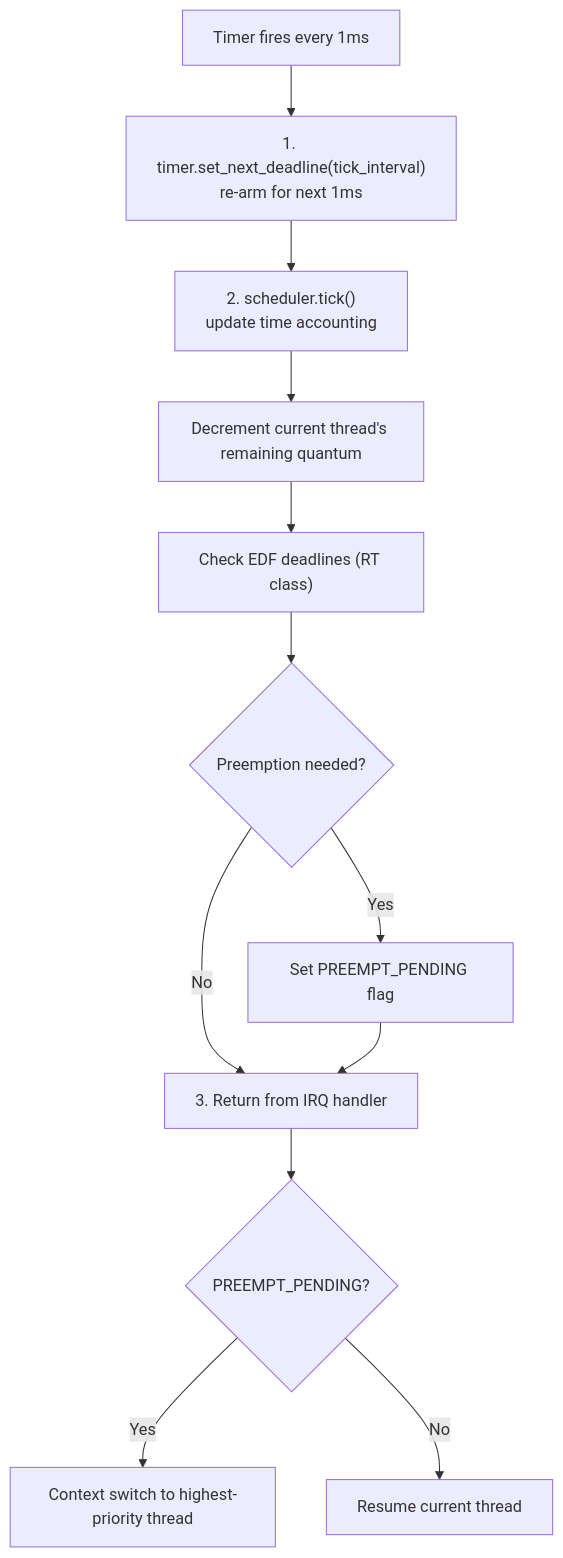
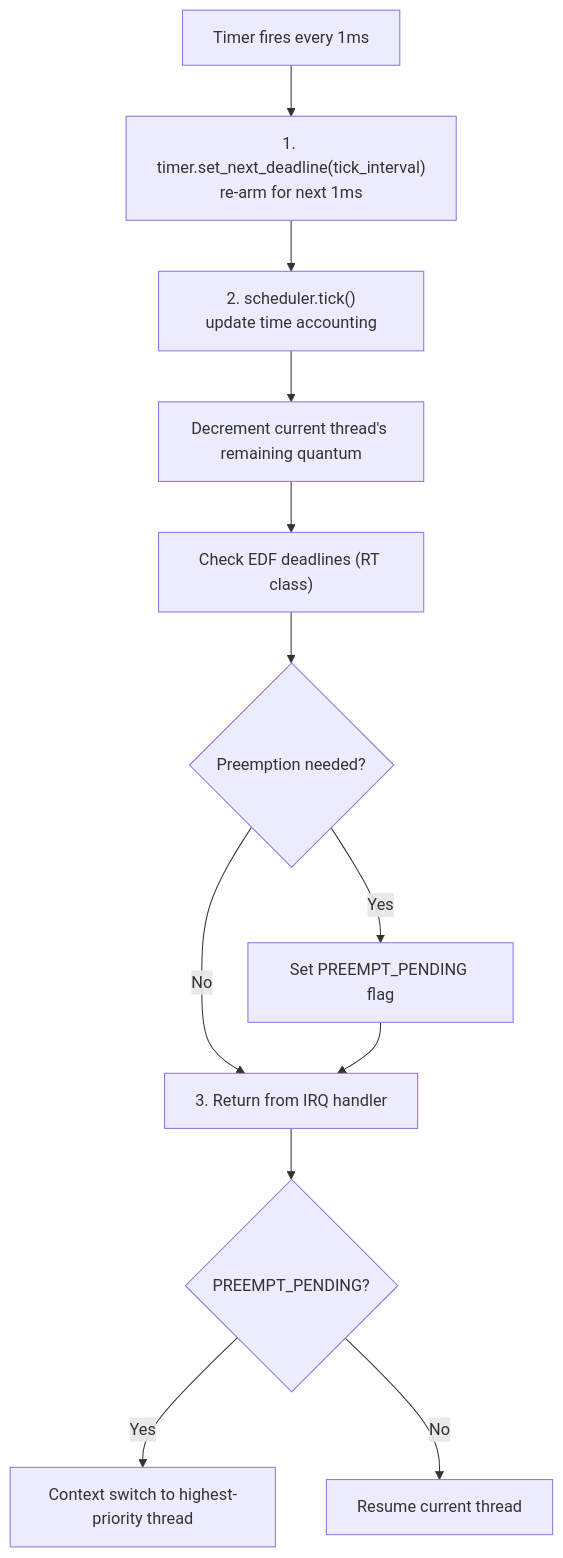
Before and after one commit to juslee/aios: the third of 6 diagrams in docs/kernel/hal.md, drawn with Mermaid. The commit also changed other lines of this file and 24 other files, not shown here.

First line of the commit message:
Upgrade all 132 Mermaid diagrams to v11 syntax across 25 docs

````diff
--- a/docs/kernel/hal.md
+++ b/docs/kernel/hal.md
@@ -1007,14 +1017,16 @@
 ```mermaid
-graph TD
-    TICK["Timer fires every 1ms"] --> REARM["1. timer.set_next_deadline(tick_interval)<br/>re-arm for next 1ms"]
-    REARM --> SCHED["2. scheduler.tick()<br/>update time accounting"]
+flowchart TD
+    TICK["Timer fires every 1ms"] --> REARM["`1. timer.set_next_deadline(tick_interval)
+re-arm for next 1ms`"]
+    REARM --> SCHED["`2. scheduler.tick()
+update time accounting`"]
     SCHED --> DEC["Decrement current thread's remaining quantum"]
     DEC --> EDF["Check EDF deadlines (RT class)"]
     EDF --> PREEMPT{"Preemption needed?"}
     PREEMPT -->|Yes| FLAG["Set PREEMPT_PENDING flag"]
     PREEMPT -->|No| RET["3. Return from IRQ handler"]
     FLAG --> RET
     RET --> CHECK{"PREEMPT_PENDING?"}
     CHECK -->|Yes| CTX["Context switch to highest-priority thread"]
     CHECK -->|No| RESUME["Resume current thread"]
 ```
````
